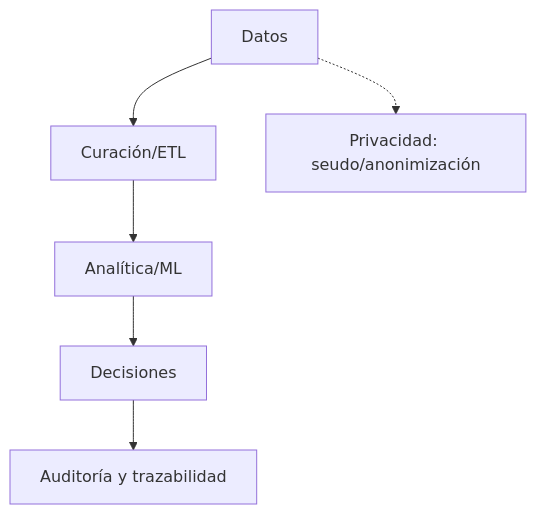
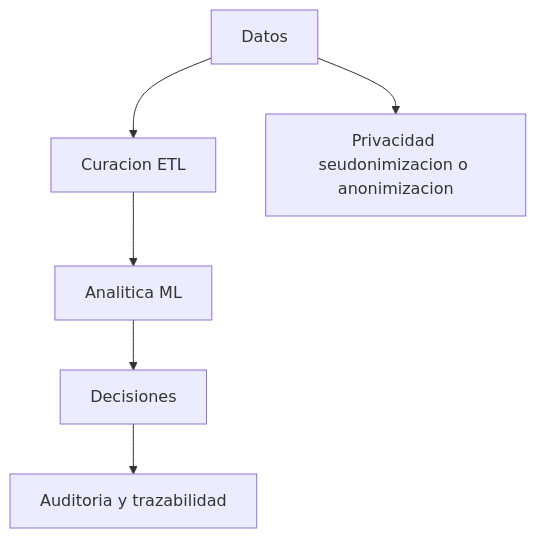
One commit to LorenaLResusta/Digitalizacion changed diagram 14 of 39 in README.md. Above: the diagram before and after it, drawn with Mermaid. The commit also changed other lines of this file, not shown here.

First line of the commit message:
Add global mind map and update flowcharts

````diff
--- a/README.md
+++ b/README.md
@@ -457,8 +466,8 @@
 ```mermaid
-graph TD
-  Datos --> ETL[Curación/ETL]
-  ETL --> ML[Analítica/ML]
+flowchart TD
+  Datos --> ETL[Curacion ETL]
+  ETL --> ML[Analitica ML]
   ML --> Dec[Decisiones]
-  Datos -.-> PP[Privacidad: seudo/anonimización]
-  Dec --> Log[Auditoría y trazabilidad]
+  Datos --> PP[Privacidad seudonimizacion o anonimizacion]
+  Dec --> Log[Auditoria y trazabilidad]
 ```
````
